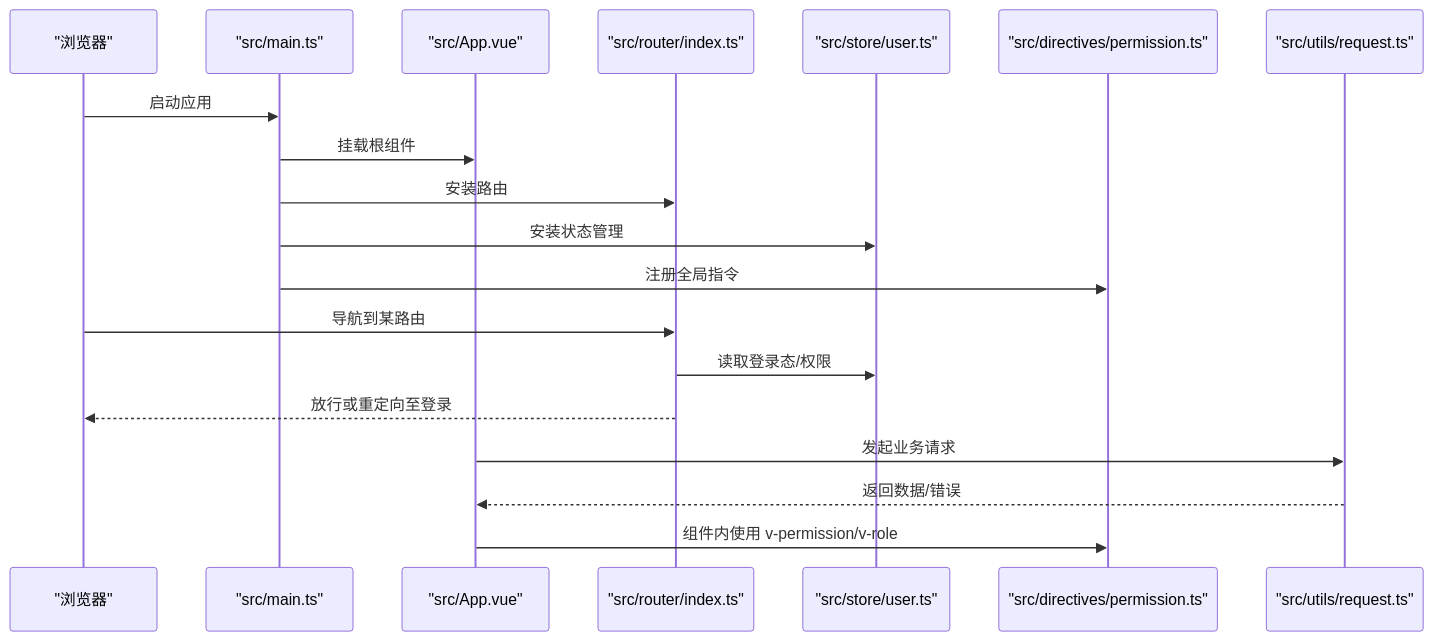
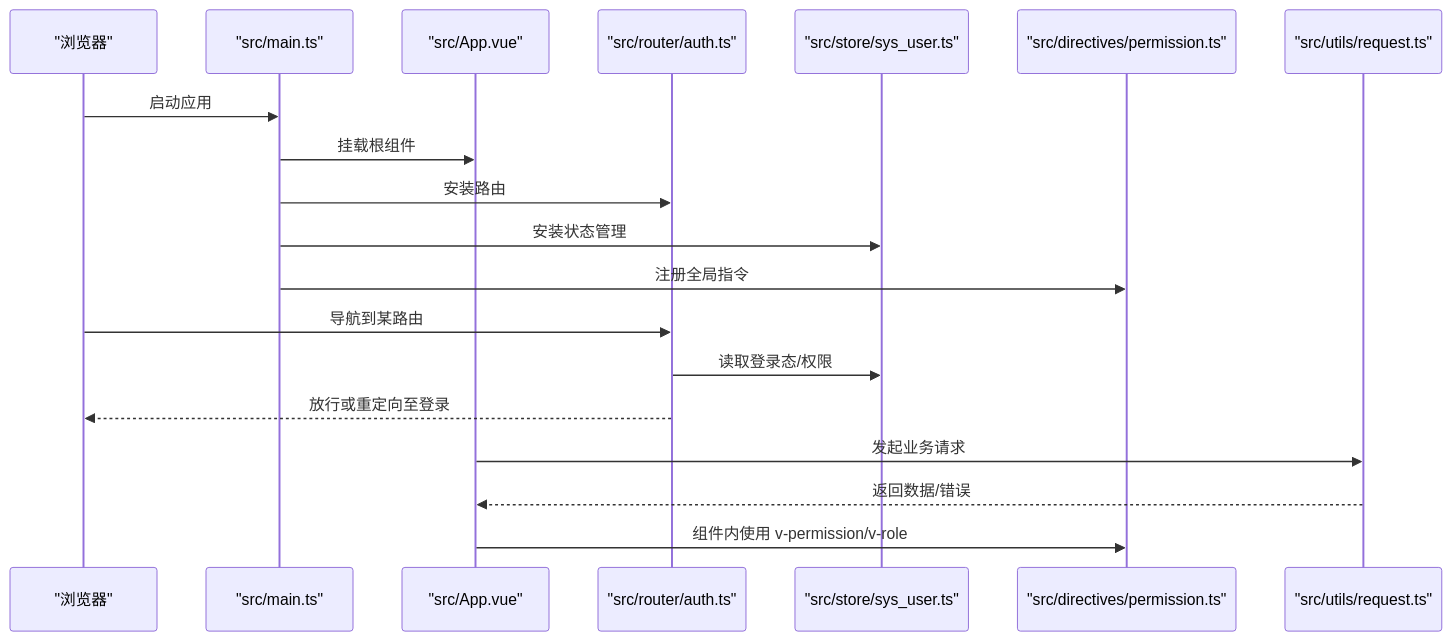
The second of 7 diagrams in .qoder/repowiki/zh/content/开发指南/开发指南.md (qiseyun/vue-ts-admin), drawn with Mermaid before and after one commit. The commit also changed other lines of this file and 42 other files, not shown here.

````diff
--- a/.qoder/repowiki/zh/content/开发指南/开发指南.md
+++ b/.qoder/repowiki/zh/content/开发指南/开发指南.md
@@ -108,21 +108,21 @@
 ```mermaid
 sequenceDiagram
 participant Browser as "浏览器"
 participant Main as "src/main.ts"
 participant App as "src/App.vue"
-participant Router as "src/router/index.ts"
-participant Store as "src/store/user.ts"
+participant Router as "src/router/auth.ts"
+participant Store as "src/store/sys_user.ts"
 participant Directives as "src/directives/permission.ts"
 participant Request as "src/utils/request.ts"
 Browser->>Main : 启动应用
 Main->>App : 挂载根组件
 Main->>Router : 安装路由
 Main->>Store : 安装状态管理
 Main->>Directives : 注册全局指令
 Browser->>Router : 导航到某路由
 Router->>Store : 读取登录态/权限
 Router-->>Browser : 放行或重定向至登录
 App->>Request : 发起业务请求
 Request-->>App : 返回数据/错误
 App->>Directives : 组件内使用 v-permission/v-role
 ```
````
